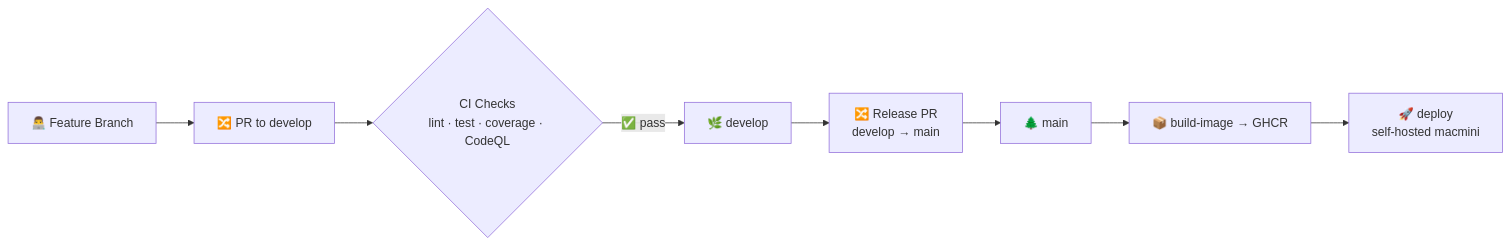
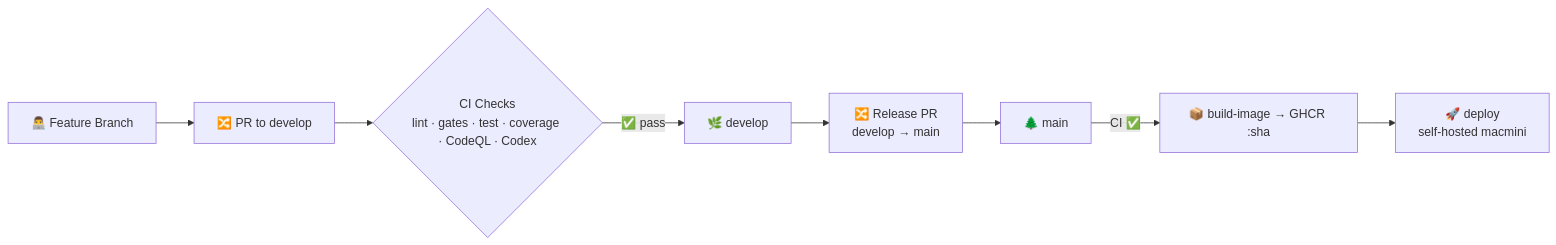
Before and after one commit to CaQuick/caquick-be: the third of 3 diagrams in README.md, drawn with Mermaid. The commit also changed other lines of this file and 4 other files, not shown here.

````diff
--- a/README.md
+++ b/README.md
@@ -399,16 +410,16 @@
 ```mermaid
 flowchart LR
     Dev[👨‍💻 Feature Branch]
     PR[🔀 PR to develop]
-    Checks{CI Checks<br/>lint · test · coverage · CodeQL}
+    Checks{CI Checks<br/>lint · gates · test · coverage · CodeQL · Codex}
     Develop[🌿 develop]
     Release[🔀 Release PR<br/>develop → main]
     Main[🌲 main]
-    Image[📦 build-image → GHCR]
+    Image[📦 build-image → GHCR :sha]
     Deploy[🚀 deploy<br/>self-hosted macmini]
 
     Dev --> PR --> Checks
     Checks -->|✅ pass| Develop
     Develop --> Release --> Main
-    Main --> Image --> Deploy
+    Main -->|CI ✅| Image --> Deploy
 ```
````
